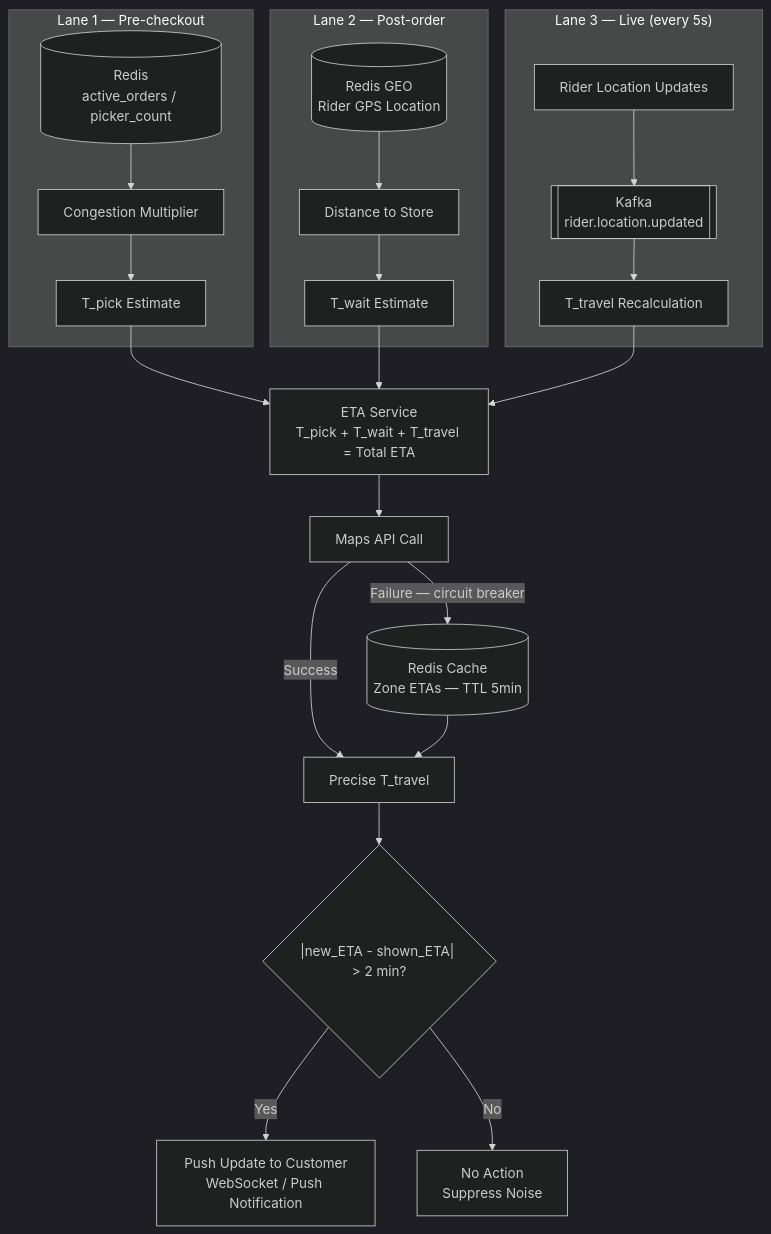
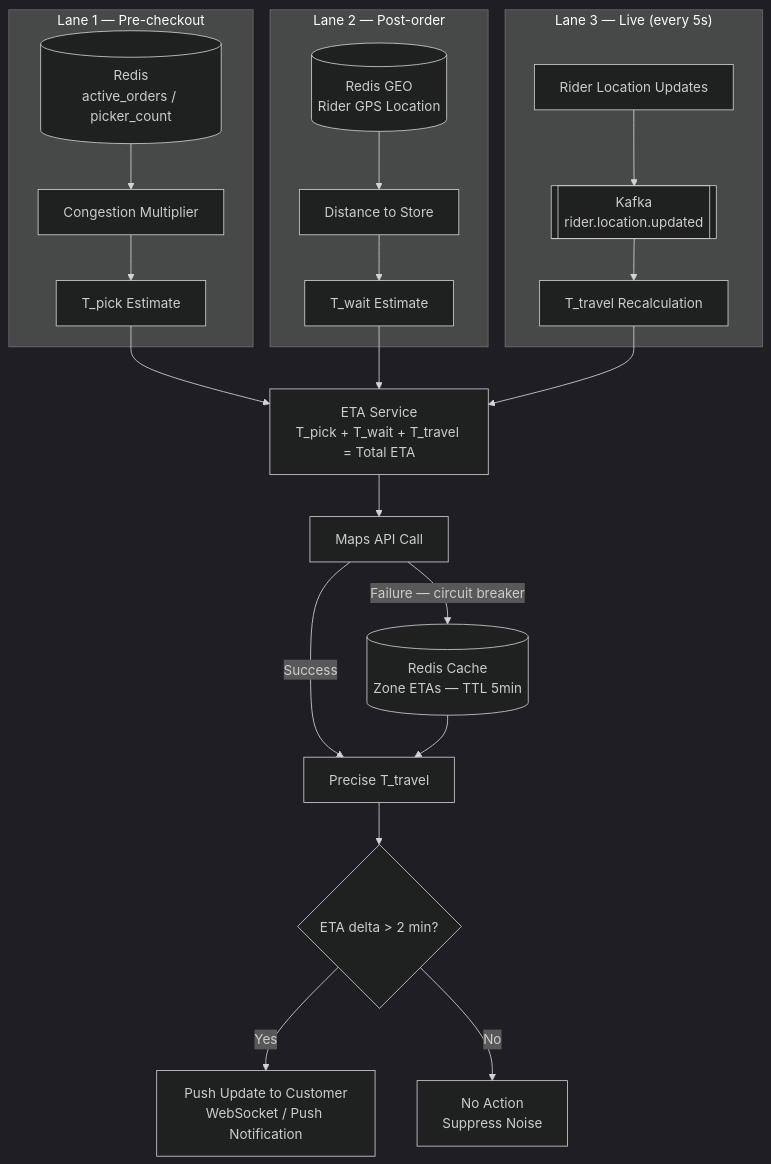
Before and after one commit to bindian0509/system-design: the seventh of 7 diagrams in instant-grocery-app/docs/plans/2026-02-22-instant-grocery-system-design.md, drawn with Mermaid (dark theme). The commit also changed other lines of this file, not shown here.

First line of the commit message:
Fix Mermaid diagram syntax errors in system design doc

````diff
--- a/instant-grocery-app/docs/plans/2026-02-22-instant-grocery-system-design.md
+++ b/instant-grocery-app/docs/plans/2026-02-22-instant-grocery-system-design.md
@@ -520,32 +518,32 @@
 ```mermaid
 flowchart TD
     subgraph Lane1["Lane 1 — Pre-checkout"]
         L1A[("Redis\nactive_orders / picker_count")] --> L1B["Congestion Multiplier"]
         L1B --> L1C["T_pick Estimate"]
     end
 
     subgraph Lane2["Lane 2 — Post-order"]
         L2A[("Redis GEO\nRider GPS Location")] --> L2B["Distance to Store"]
         L2B --> L2C["T_wait Estimate"]
     end
 
     subgraph Lane3["Lane 3 — Live (every 5s)"]
         L3A["Rider Location Updates"] --> L3B[["Kafka\nrider.location.updated"]]
         L3B --> L3C["T_travel Recalculation"]
     end
 
     L1C --> ETA
     L2C --> ETA
     L3C --> ETA
 
     ETA["ETA Service\nT_pick + T_wait + T_travel = Total ETA"]
 
     ETA --> MAPS["Maps API Call"]
     MAPS -->|Success| ETACALC["Precise T_travel"]
     MAPS -->|"Failure — circuit breaker"| FALLBACK[("Redis Cache\nZone ETAs — TTL 5min")]
     FALLBACK --> ETACALC
 
-    ETACALC --> COMPARE{"|new_ETA - shown_ETA| > 2 min?"}
+    ETACALC --> COMPARE{"ETA delta > 2 min?"}
     COMPARE -->|Yes| PUSH["Push Update to Customer\nWebSocket / Push Notification"]
     COMPARE -->|No| SUPPRESS["No Action\nSuppress Noise"]
 ```
````
